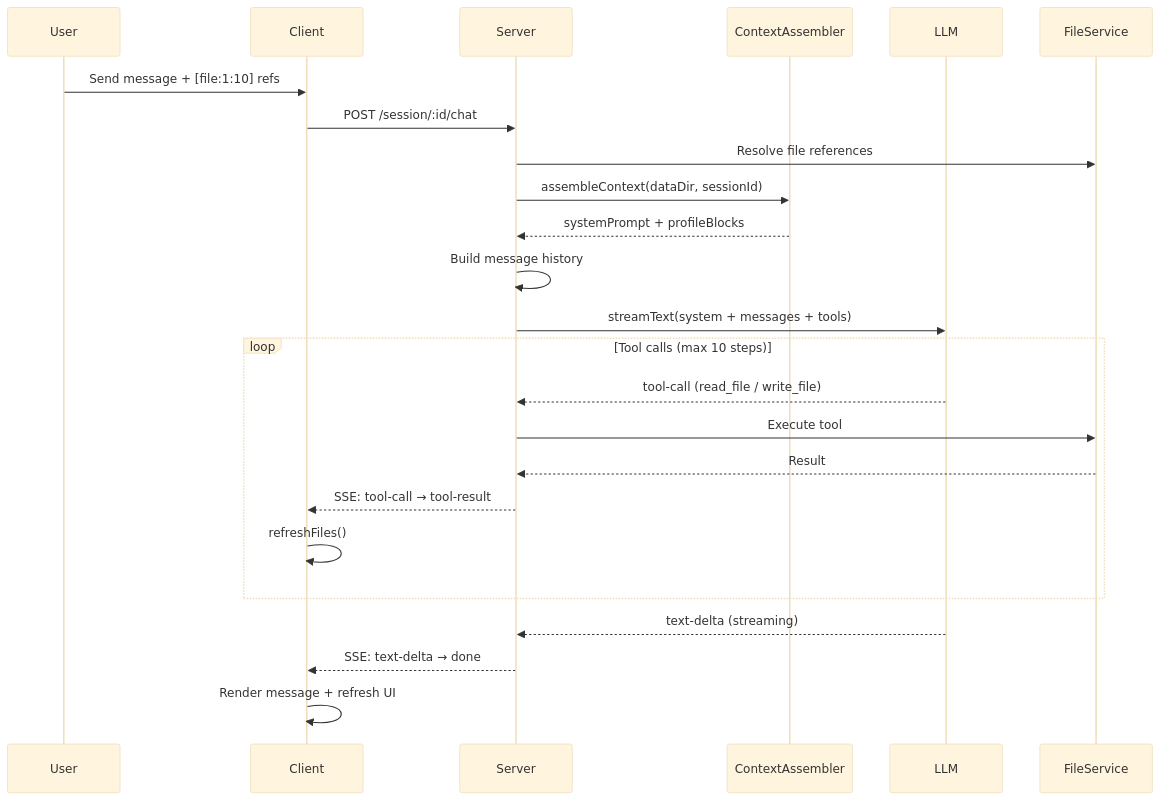
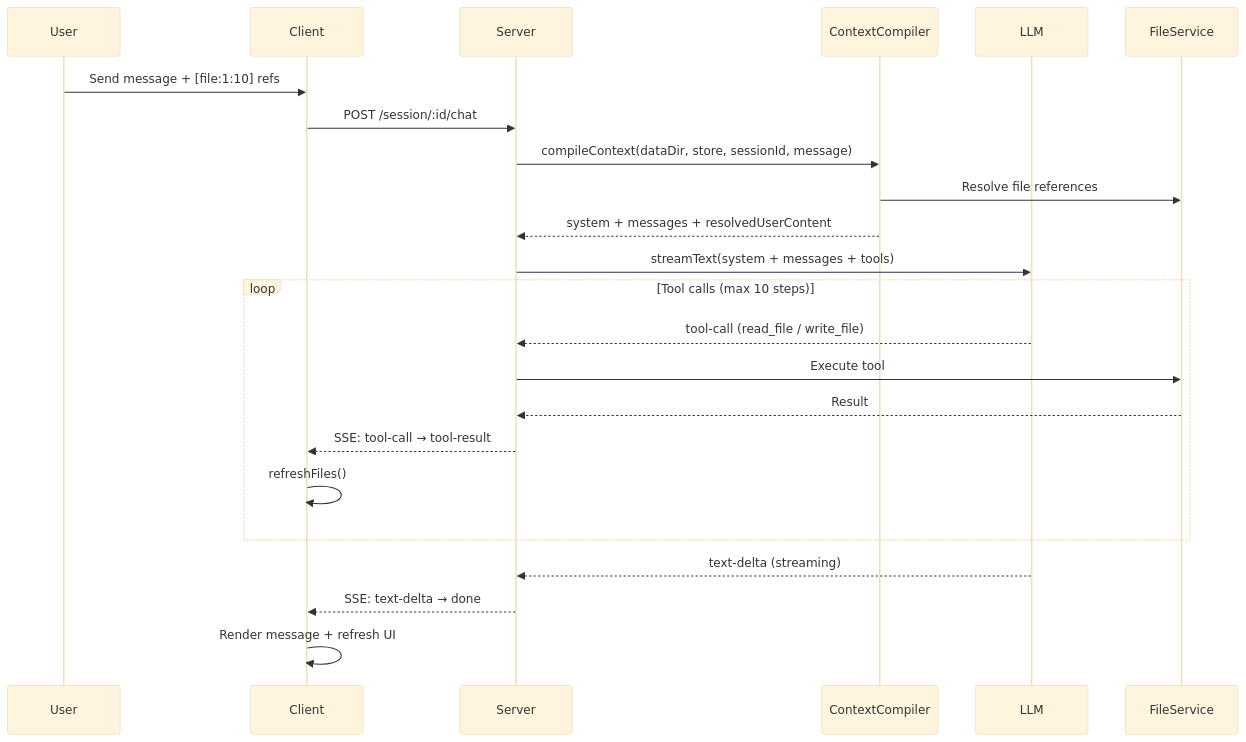
Before and after one commit to albert-zen/AgentTeacher-Tutor: the second of 4 diagrams in ARCHITECTURE.md, drawn with Mermaid (base theme). The commit also changed other lines of this file and 1 other file, not shown here.

First line of the commit message:
docs: refresh README and architecture guide

````diff
--- a/ARCHITECTURE.md
+++ b/ARCHITECTURE.md
@@ -61,29 +64,28 @@
 ```mermaid
 sequenceDiagram
     participant U as User
     participant C as Client
     participant S as Server
-    participant CA as ContextAssembler
+    participant CC as ContextCompiler
     participant L as LLM
     participant F as FileService
 
     U->>C: Send message + [file:1:10] refs
     C->>S: POST /session/:id/chat
-    S->>F: Resolve file references
-    S->>CA: assembleContext(dataDir, sessionId)
-    CA-->>S: systemPrompt + profileBlocks
-    S->>S: Build message history
+    S->>CC: compileContext(dataDir, store, sessionId, message)
+    CC->>F: Resolve file references
+    CC-->>S: system + messages + resolvedUserContent
     S->>L: streamText(system + messages + tools)
 
     loop Tool calls (max 10 steps)
         L-->>S: tool-call (read_file / write_file)
         S->>F: Execute tool
         F-->>S: Result
         S-->>C: SSE: tool-call → tool-result
         C->>C: refreshFiles()
     end
 
     L-->>S: text-delta (streaming)
     S-->>C: SSE: text-delta → done
     C->>C: Render message + refresh UI
 ```
````
